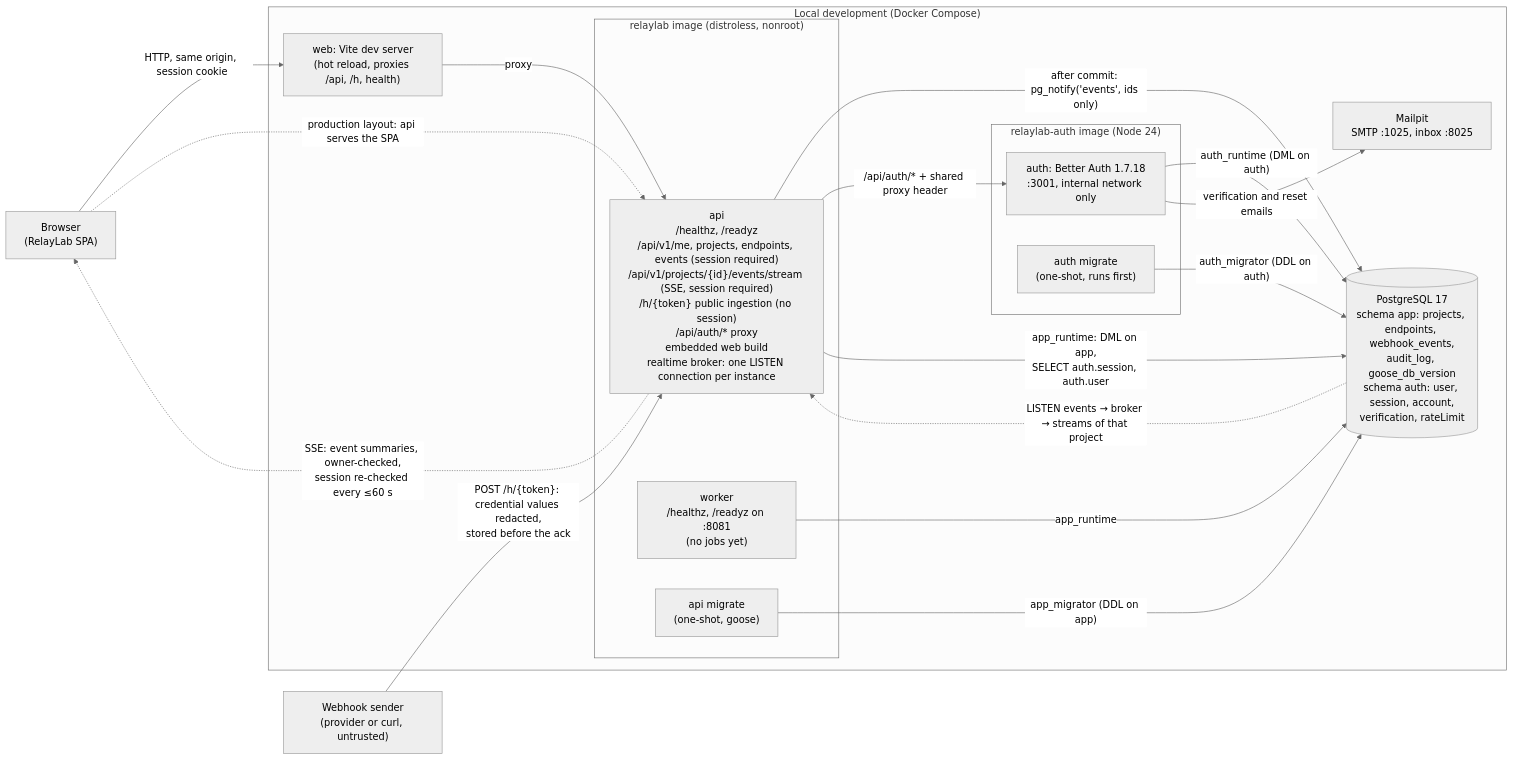
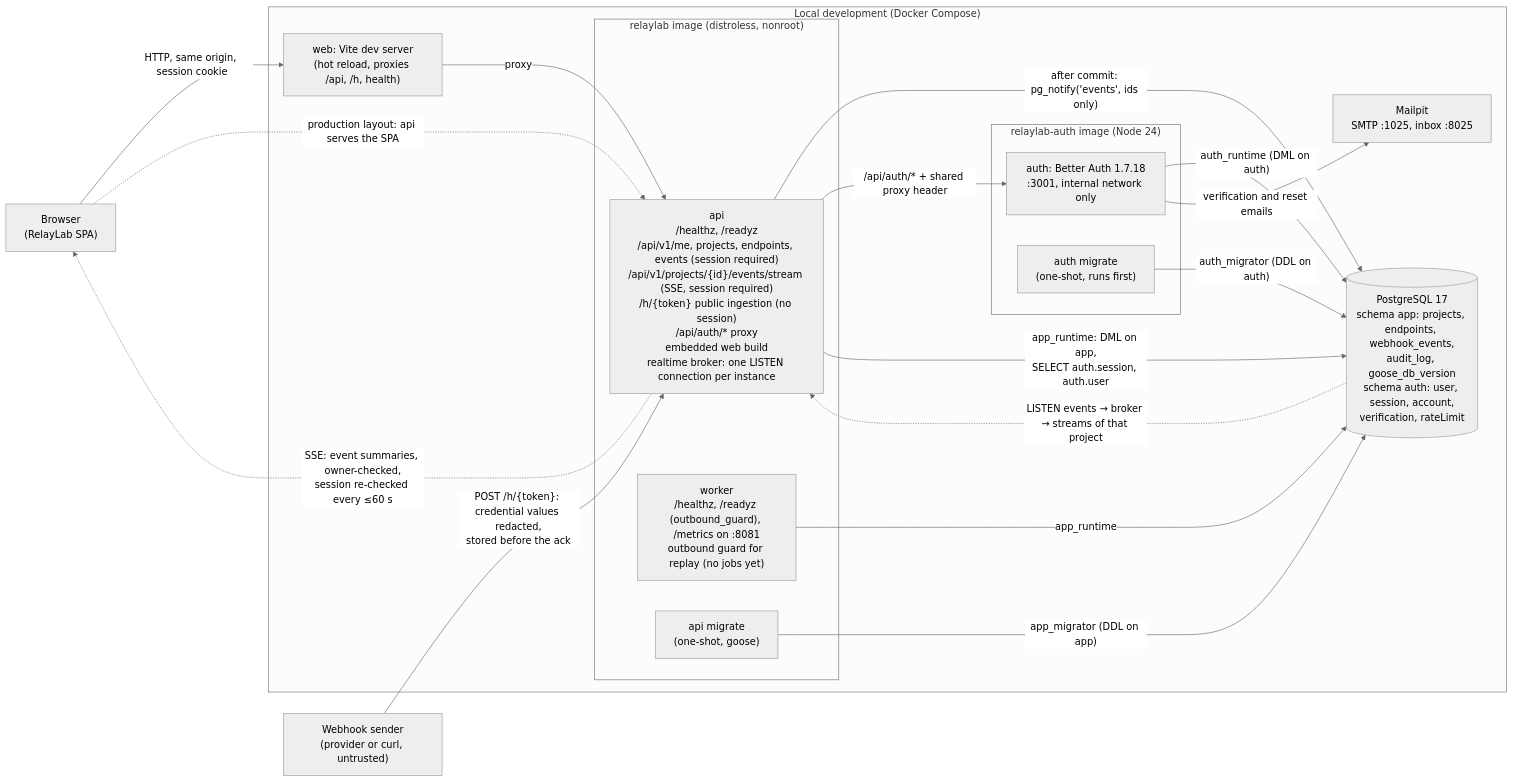
One commit to yasineh/relaylab-app changed the diagram in docs/architecture/overview.md. Above: the diagram before and after it, drawn with Mermaid (neutral theme). The commit also changed other lines of this file and 2 other files, not shown here.

Commit message:
Document the outbound guard and map the 23 SSRF requirements to tests, checked by a test (add-outbound-request-guard task 5.1)

````diff
--- a/docs/architecture/overview.md
+++ b/docs/architecture/overview.md
@@ -6,35 +6,35 @@
 ```mermaid
 flowchart LR
   browser["Browser<br/>(RelayLab SPA)"]
   sender["Webhook sender<br/>(provider or curl, untrusted)"]
 
   subgraph dev["Local development (Docker Compose)"]
     vite["web: Vite dev server<br/>(hot reload, proxies /api, /h, health)"]
     subgraph image["relaylab image (distroless, nonroot)"]
       api["api<br/>/healthz, /readyz<br/>/api/v1/me, projects, endpoints, events (session required)<br/>/api/v1/projects/{id}/events/stream (SSE, session required)<br/>/h/{token} public ingestion (no session)<br/>/api/auth/* proxy<br/>embedded web build<br/>realtime broker: one LISTEN connection per instance"]
-      worker["worker<br/>/healthz, /readyz on :8081<br/>(no jobs yet)"]
+      worker["worker<br/>/healthz, /readyz (outbound_guard), /metrics on :8081<br/>outbound guard for replay (no jobs yet)"]
       migrate["api migrate<br/>(one-shot, goose)"]
     end
     subgraph authimg["relaylab-auth image (Node 24)"]
       auth["auth: Better Auth 1.7.18<br/>:3001, internal network only"]
       authmigrate["auth migrate<br/>(one-shot, runs first)"]
     end
     pg[("PostgreSQL 17<br/>schema app: projects, endpoints, webhook_events,<br/>audit_log, goose_db_version<br/>schema auth: user, session, account,<br/>verification, rateLimit")]
     mailpit["Mailpit<br/>SMTP :1025, inbox :8025"]
   end
 
   sender -->|"POST /h/{token}: credential values redacted,<br/>stored before the ack"| api
   api -->|"after commit: pg_notify('events', ids only)"| pg
   pg -.->|"LISTEN events → broker → streams of that project"| api
   api -.->|"SSE: event summaries, owner-checked,<br/>session re-checked every ≤60 s"| browser
   browser -->|"HTTP, same origin, session cookie"| vite
   vite -->|"proxy"| api
   browser -.->|"production layout: api serves the SPA"| api
   api -->|"/api/auth/* + shared proxy header"| auth
   api -->|"app_runtime: DML on app,<br/>SELECT auth.session, auth.user"| pg
   worker -->|"app_runtime"| pg
   migrate -->|"app_migrator (DDL on app)"| pg
   auth -->|"auth_runtime (DML on auth)"| pg
   authmigrate -->|"auth_migrator (DDL on auth)"| pg
   auth -->|"verification and reset emails"| mailpit
 ```
````
